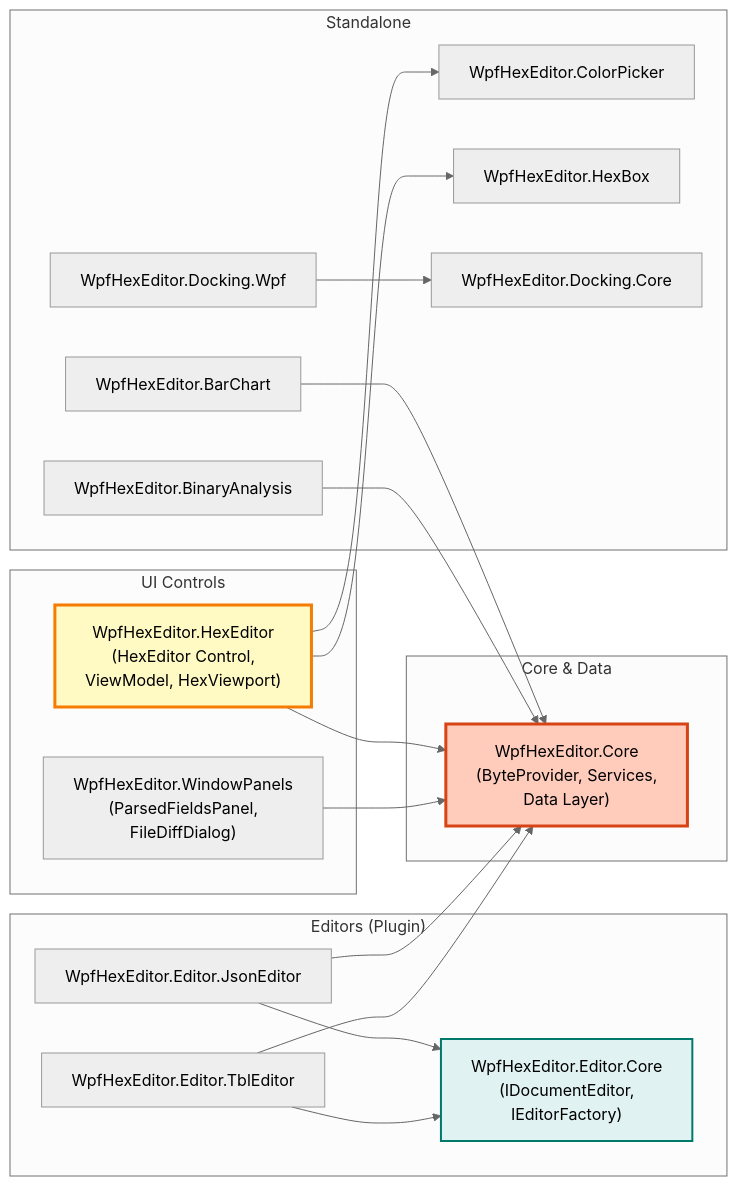
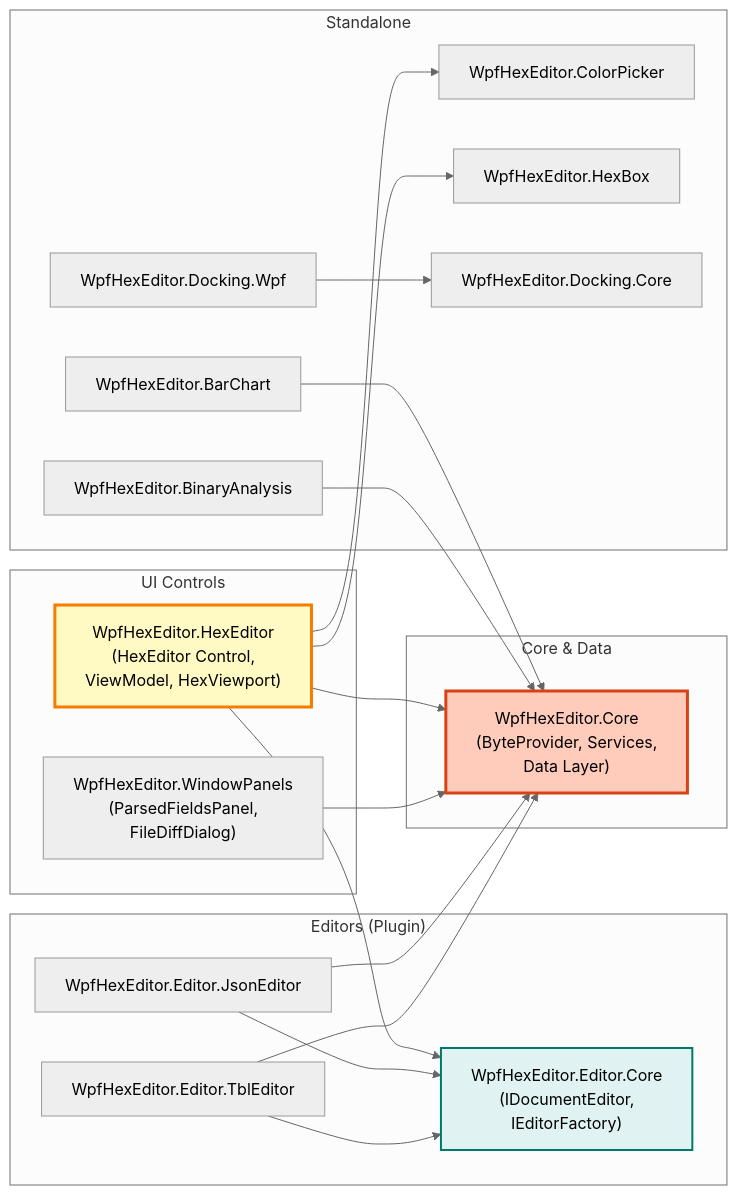
Before and after one commit to myd7349/WpfHexEditorControl: the first of 6 diagrams in docs/architecture/Overview.md, drawn with Mermaid (neutral theme).

Commit message:
docs: add HexEditor → Editor.Core dependency in architecture diagram
HexEditor implements IDocumentEditor and references Editor.Core,
same as JsonEditor and TblEditor.

````diff
--- a/docs/architecture/Overview.md
+++ b/docs/architecture/Overview.md
@@ -90,42 +90,43 @@
 ```mermaid
 graph LR
     subgraph "Core & Data"
         Core["WpfHexEditor.Core<br/>(ByteProvider, Services,<br/>Data Layer)"]
     end
 
     subgraph "UI Controls"
         HexEditor["WpfHexEditor.HexEditor<br/>(HexEditor Control,<br/>ViewModel, HexViewport)"]
         WindowPanels["WpfHexEditor.WindowPanels<br/>(ParsedFieldsPanel,<br/>FileDiffDialog)"]
     end
 
     subgraph "Editors (Plugin)"
         EditorCore["WpfHexEditor.Editor.Core<br/>(IDocumentEditor,<br/>IEditorFactory)"]
         JsonEditor["WpfHexEditor.Editor.JsonEditor"]
         TblEditor["WpfHexEditor.Editor.TblEditor"]
     end
 
     subgraph "Standalone"
         BarChart["WpfHexEditor.BarChart"]
         BinaryAnalysis["WpfHexEditor.BinaryAnalysis"]
         ColorPicker["WpfHexEditor.ColorPicker"]
         HexBox["WpfHexEditor.HexBox"]
         DockingCore["WpfHexEditor.Docking.Core"]
         DockingWpf["WpfHexEditor.Docking.Wpf"]
     end
 
     HexEditor --> Core
+    HexEditor --> EditorCore
     WindowPanels --> Core
     JsonEditor --> Core
     JsonEditor --> EditorCore
     TblEditor --> Core
     TblEditor --> EditorCore
     BarChart --> Core
     BinaryAnalysis --> Core
     DockingWpf --> DockingCore
     HexEditor --> ColorPicker
     HexEditor --> HexBox
 
     style Core fill:#ffccbc,stroke:#d84315,stroke-width:3px
     style HexEditor fill:#fff9c4,stroke:#f57c00,stroke-width:3px
     style EditorCore fill:#e0f2f1,stroke:#00796b,stroke-width:2px
 ```
````
